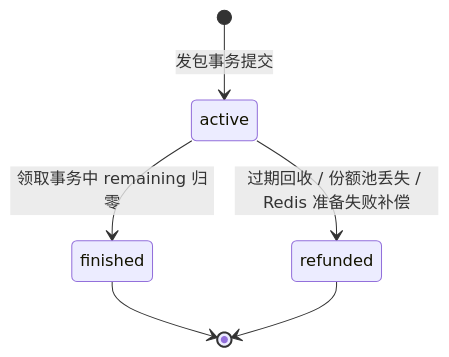
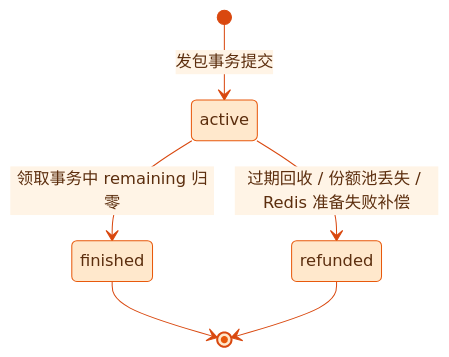
Diagram 20 of 27 in docs/lecture/18-redpacket.md (RedInn7/gomall), drawn with Mermaid before and after one commit. The commit also changed other lines of this file, not shown here.

First line of the commit message:
feat(lecture): 第 18 讲红包改成教学 slide，补时序图和讲稿

````diff
--- a/docs/lecture/18-redpacket.md
+++ b/docs/lecture/18-redpacket.md
@@ -458,8 +773,9 @@
 ```mermaid
+%%{init: {'theme':'base','themeVariables':{'fontFamily':'PingFang SC, Microsoft YaHei, sans-serif','background':'#FFFBF5','primaryColor':'#FFE8CC','primaryBorderColor':'#E8590C','primaryTextColor':'#5C2E0E','secondaryColor':'#FFF4E6','tertiaryColor':'#FFF9F0','lineColor':'#D9480F','textColor':'#5C2E0E','clusterBkg':'#FFF9F0','clusterBorder':'#F08C00','edgeLabelBackground':'#FFF4E6','actorBkg':'#FFD8A8','actorBorder':'#E8590C','actorTextColor':'#5C2E0E','actorLineColor':'#F08C00','signalColor':'#C2410C','signalTextColor':'#5C2E0E','noteBkgColor':'#FFF3BF','noteBorderColor':'#F08C00','noteTextColor':'#5C2E0E','activationBkgColor':'#FFC078','activationBorderColor':'#E8590C','labelBoxBkgColor':'#FFE8CC','labelBoxBorderColor':'#E8590C','labelTextColor':'#5C2E0E','loopTextColor':'#5C2E0E'}}}%%
 stateDiagram-v2
     [*] --> active: 发包事务提交
     active --> finished: 领取事务中 remaining 归零
     active --> refunded: 过期回收 / 份额池丢失 / Redis 准备失败补偿
     finished --> [*]
     refunded --> [*]
 ```
````
